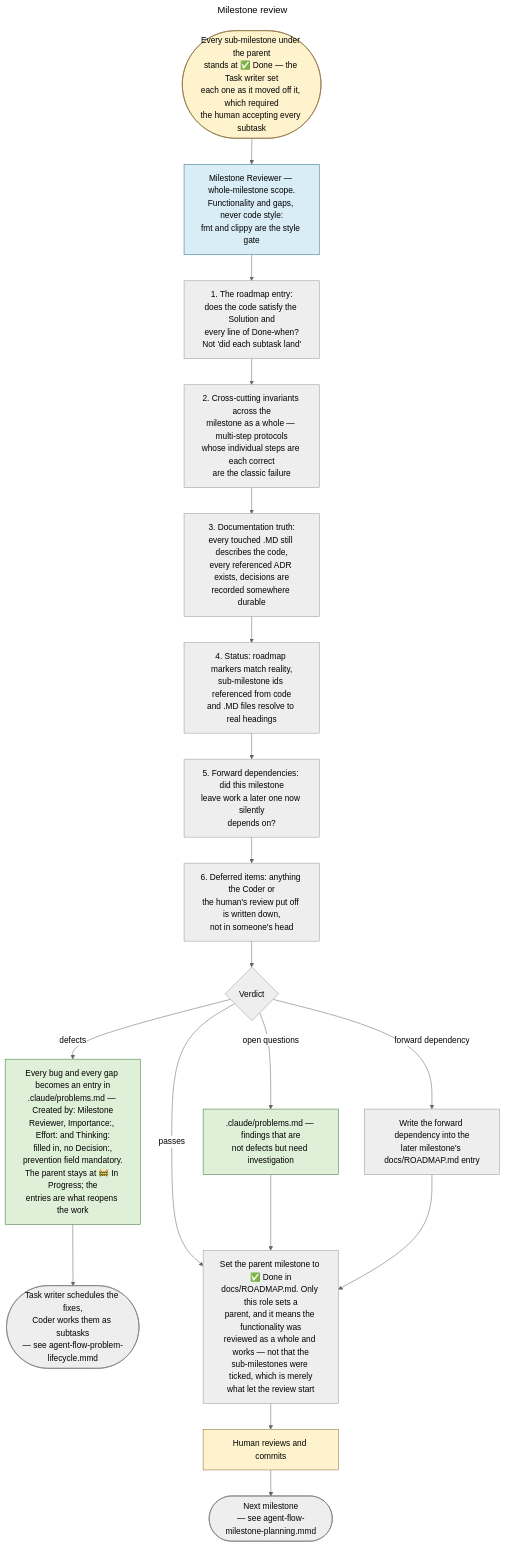
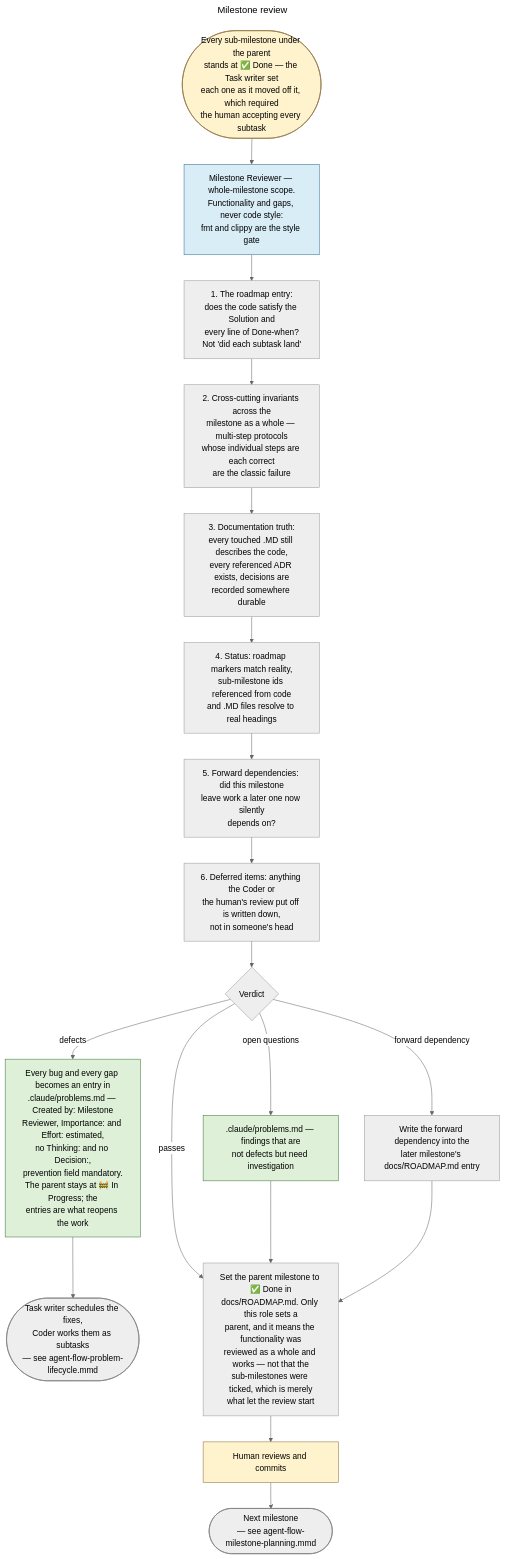
One commit to Dmitriy-G/simple_rdbms changed the diagram in docs/diagrams/agent-flow-milestone-review.mmd. Above: the diagram before and after it, drawn with Mermaid (neutral theme). The commit also changed 11 other files, not shown here.

Commit message:
Change agents flow

```diff
--- a/docs/diagrams/agent-flow-milestone-review.mmd
+++ b/docs/diagrams/agent-flow-milestone-review.mmd
@@ -1,36 +1,36 @@
 ---
 title: Milestone review
 ---
 flowchart TD
     classDef human fill:#fff3cd,stroke:#8a6d3b,color:#000
     classDef role fill:#d9edf7,stroke:#31708f,color:#000
     classDef channel fill:#dff0d8,stroke:#3c763d,color:#000
     classDef stop fill:#eeeeee,stroke:#777,color:#000
 
     START(["Every sub-milestone under the parent<br/>stands at ✅ Done — the Task writer set<br/>each one as it moved off it, which required<br/>the human accepting every subtask"]):::human
     MR["Milestone Reviewer — whole-milestone scope.<br/>Functionality and gaps, never code style:<br/>fmt and clippy are the style gate"]:::role
 
     C1["1. The roadmap entry:<br/>does the code satisfy the Solution and<br/>every line of Done-when?<br/>Not 'did each subtask land'"]
     C2["2. Cross-cutting invariants across the<br/>milestone as a whole — multi-step protocols<br/>whose individual steps are each correct<br/>are the classic failure"]
     C3["3. Documentation truth:<br/>every touched .MD still describes the code,<br/>every referenced ADR exists, decisions are<br/>recorded somewhere durable"]
     C4["4. Status: roadmap markers match reality,<br/>sub-milestone ids referenced from code<br/>and .MD files resolve to real headings"]
     C5["5. Forward dependencies: did this milestone<br/>leave work a later one now silently<br/>depends on?"]
     C6["6. Deferred items: anything the Coder or<br/>the human's review put off is written down,<br/>not in someone's head"]
 
     VERDICT{"Verdict"}
-    BUGS["Every bug and every gap becomes an entry in<br/>.claude/problems.md — Created by: Milestone<br/>Reviewer, Importance:, Effort: and Thinking:<br/>filled in, no Decision:,<br/>prevention field mandatory.<br/>The parent stays at 🚧 In Progress; the<br/>entries are what reopens the work"]:::channel
+    BUGS["Every bug and every gap becomes an entry in<br/>.claude/problems.md — Created by: Milestone<br/>Reviewer, Importance: and Effort: estimated,<br/>no Thinking: and no Decision:,<br/>prevention field mandatory.<br/>The parent stays at 🚧 In Progress; the<br/>entries are what reopens the work"]:::channel
     PROB[".claude/problems.md — findings that are<br/>not defects but need investigation"]:::channel
     FWD["Write the forward dependency into the<br/>later milestone's docs/ROADMAP.md entry"]
 
     LOOP(["Task writer schedules the fixes,<br/>Coder works them as subtasks<br/>— see agent-flow-problem-lifecycle.mmd"]):::stop
     DONE["Set the parent milestone to ✅ Done in<br/>docs/ROADMAP.md. Only this role sets a<br/>parent, and it means the functionality was<br/>reviewed as a whole and works — not that the<br/>sub-milestones were ticked, which is merely<br/>what let the review start"]
     HUMAN["Human reviews and commits"]:::human
     NEXT(["Next milestone<br/>— see agent-flow-milestone-planning.mmd"]):::stop
 
     START --> MR --> C1 --> C2 --> C3 --> C4 --> C5 --> C6 --> VERDICT
     VERDICT -- "defects" --> BUGS --> LOOP
     VERDICT -- "open questions" --> PROB
     VERDICT -- "forward dependency" --> FWD
     VERDICT -- "passes" --> DONE --> HUMAN --> NEXT
     PROB --> DONE
     FWD --> DONE
```
